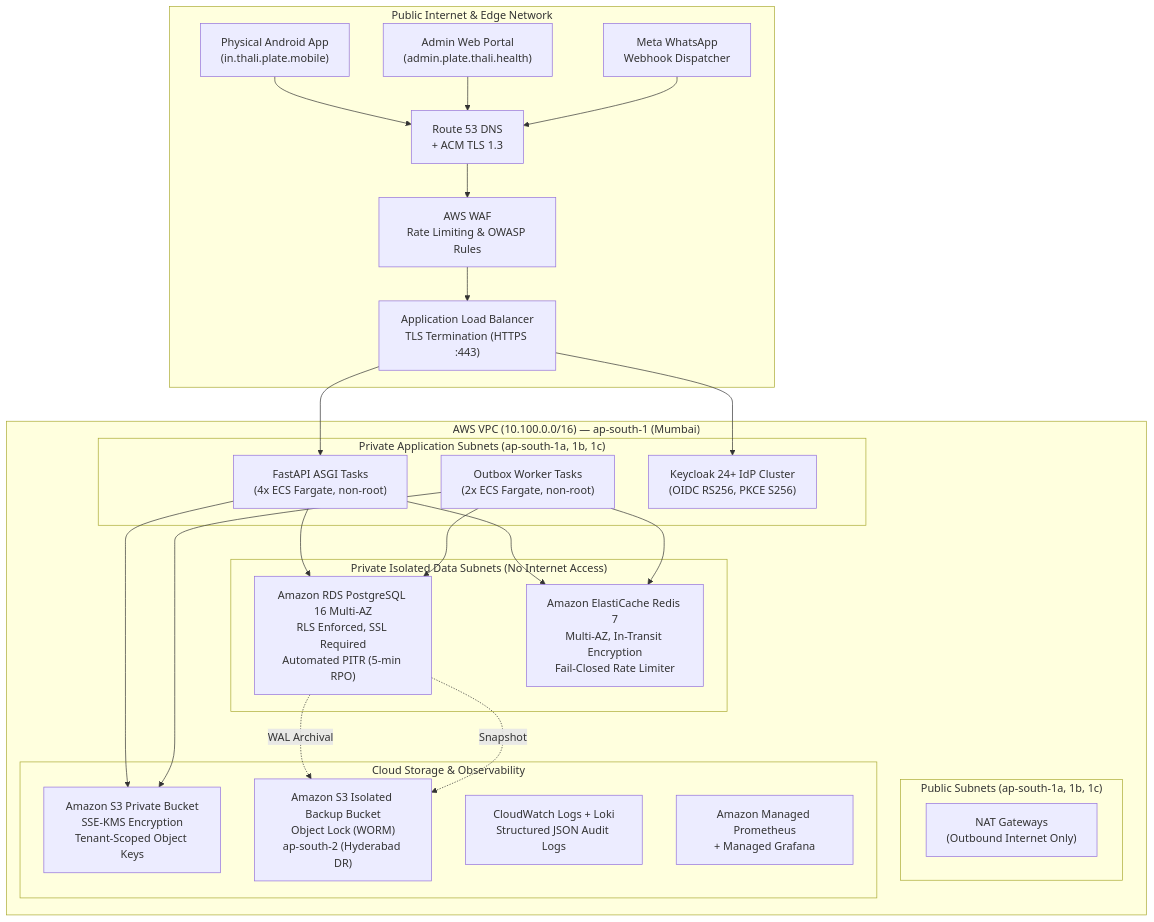
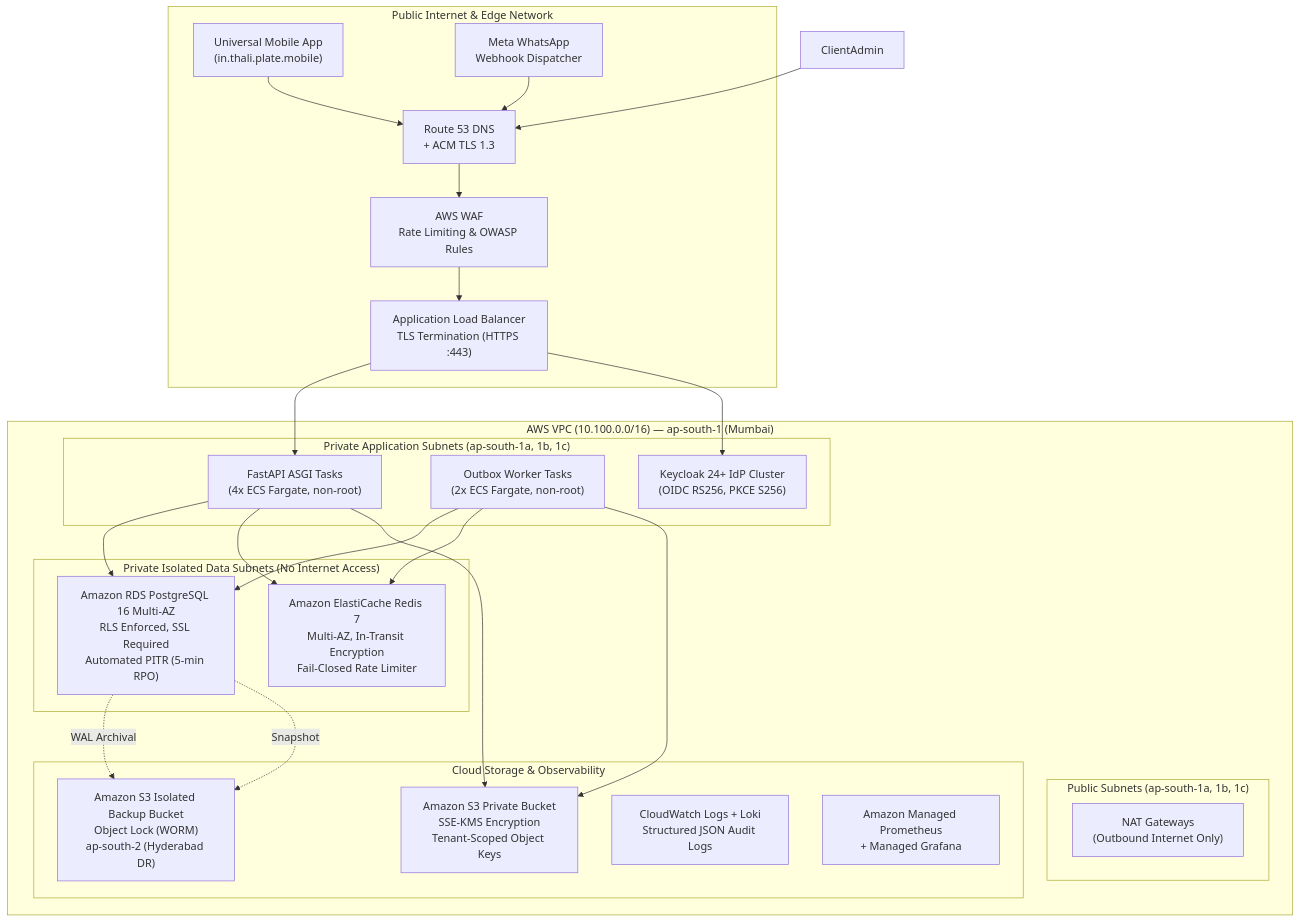
Before and after one commit to deveshwarnaskar/health-a-thon-BioCypher-: the diagram in deploy/production/README.md, drawn with Mermaid. The commit also changed other lines of this file and 147 other files, not shown here.

Commit message:
refactor: remove admin web from product scope

````diff
--- a/deploy/production/README.md
+++ b/deploy/production/README.md
@@ -12,52 +12,51 @@
 ```mermaid
 flowchart TD
     subgraph Public_Internet["Public Internet & Edge Network"]
-        ClientMobile["Physical Android App\n(in.thali.plate.mobile)"]
-        ClientAdmin["Admin Web Portal\n(admin.plate.thali.health)"]
+        ClientMobile["Universal Mobile App\n(in.thali.plate.mobile)"]
         MetaWebhook["Meta WhatsApp\nWebhook Dispatcher"]
         DNS["Route 53 DNS\n+ ACM TLS 1.3"]
         WAF["AWS WAF\nRate Limiting & OWASP Rules"]
         ALB["Application Load Balancer\nTLS Termination (HTTPS :443)"]
     end
 
     subgraph VPC["AWS VPC (10.100.0.0/16) — ap-south-1 (Mumbai)"]
         subgraph PublicSubnets["Public Subnets (ap-south-1a, 1b, 1c)"]
             NAT["NAT Gateways\n(Outbound Internet Only)"]
         end
 
         subgraph PrivateAppSubnets["Private Application Subnets (ap-south-1a, 1b, 1c)"]
             ECS_API["FastAPI ASGI Tasks\n(4x ECS Fargate, non-root)"]
             ECS_Worker["Outbox Worker Tasks\n(2x ECS Fargate, non-root)"]
             Keycloak["Keycloak 24+ IdP Cluster\n(OIDC RS256, PKCE S256)"]
         end
 
         subgraph PrivateDataSubnets["Private Isolated Data Subnets (No Internet Access)"]
             RDS_PG["Amazon RDS PostgreSQL 16 Multi-AZ\nRLS Enforced, SSL Required\nAutomated PITR (5-min RPO)"]
             RedisCluster["Amazon ElastiCache Redis 7\nMulti-AZ, In-Transit Encryption\nFail-Closed Rate Limiter"]
         end
 
         subgraph StorageServices["Cloud Storage & Observability"]
             S3Docs["Amazon S3 Private Bucket\nSSE-KMS Encryption\nTenant-Scoped Object Keys"]
             S3Backup["Amazon S3 Isolated Backup Bucket\nObject Lock (WORM)\nap-south-2 (Hyderabad DR)"]
             CloudWatch["CloudWatch Logs + Loki\nStructured JSON Audit Logs"]
             AMP["Amazon Managed Prometheus\n+ Managed Grafana"]
         end
     end
 
     ClientMobile --> DNS
     ClientAdmin --> DNS
     MetaWebhook --> DNS
     DNS --> WAF --> ALB
     ALB --> ECS_API
     ALB --> Keycloak
 
     ECS_API --> RDS_PG
     ECS_API --> RedisCluster
     ECS_API --> S3Docs
     ECS_Worker --> RDS_PG
     ECS_Worker --> RedisCluster
     ECS_Worker --> S3Docs
 
     RDS_PG -. WAL Archival .-> S3Backup
     RDS_PG -. Snapshot .-> S3Backup
 ```
````
